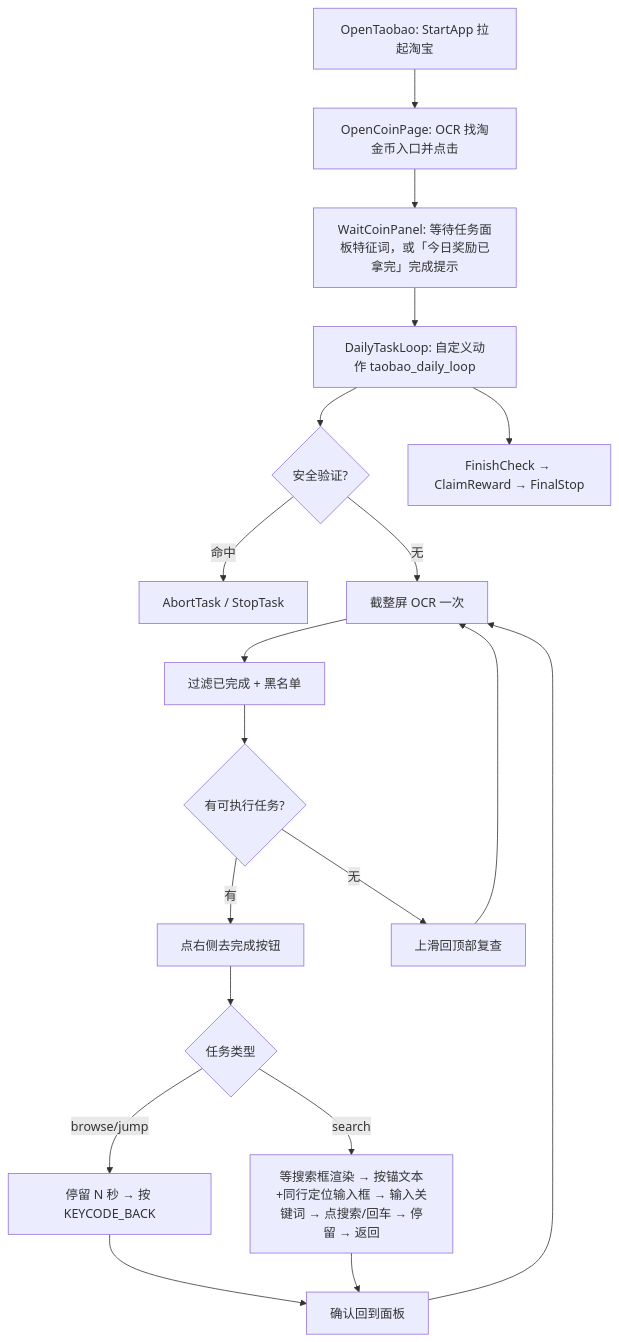
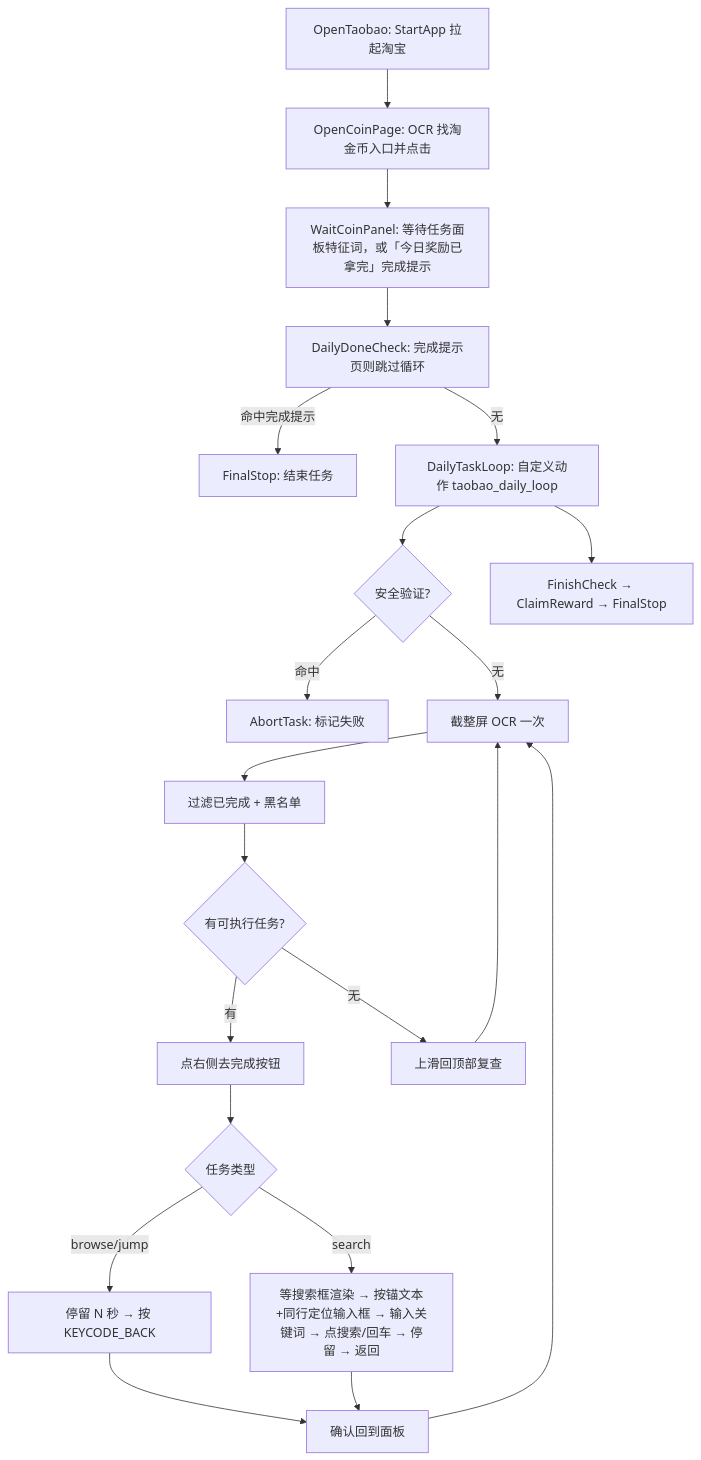
One commit to yebiaojun7-blip/AutoTaskFlowAutoTaskFlow changed the diagram in Readme.md. Above: the diagram before and after it, drawn with Mermaid. The commit also changed other lines of this file and 7 other files, not shown here.

````diff
--- a/Readme.md
+++ b/Readme.md
@@ -316,21 +316,23 @@
 ```mermaid
 flowchart TD
     A[OpenTaobao: StartApp 拉起淘宝] --> B[OpenCoinPage: OCR 找淘金币入口并点击]
     B --> C[WaitCoinPanel: 等待任务面板特征词，或「今日奖励已拿完」完成提示]
-    C --> D[DailyTaskLoop: 自定义动作 taobao_daily_loop]
+    C --> C1[DailyDoneCheck: 完成提示页则跳过循环]
+    C1 -->|命中完成提示| Z[FinalStop: 结束任务]
+    C1 -->|无| D[DailyTaskLoop: 自定义动作 taobao_daily_loop]
     D --> E{安全验证?}
-    E -->|命中| Z[AbortTask / StopTask]
+    E -->|命中| X[AbortTask: 标记失败]
     E -->|无| F[截整屏 OCR 一次]
     F --> G[过滤已完成 + 黑名单]
     G --> H{有可执行任务?}
     H -->|有| I[点右侧去完成按钮]
     I --> J{任务类型}
     J -->|browse/jump| K[停留 N 秒 → 按 KEYCODE_BACK]
     J -->|search| L[等搜索框渲染 → 按锚文本+同行定位输入框 → 输入关键词 → 点搜索/回车 → 停留 → 返回]
     K --> M[确认回到面板]
     L --> M
     M --> F
     H -->|无| N[上滑回顶部复查]
     N --> F
     D --> O[FinishCheck → ClaimReward → FinalStop]
 ```
````
